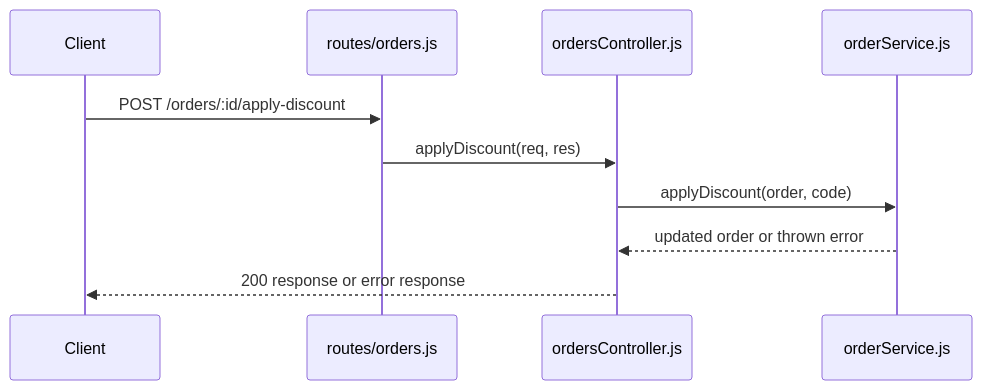
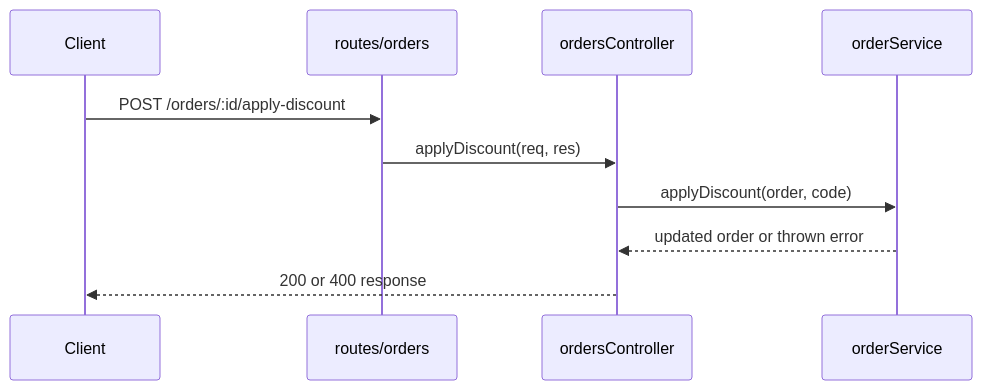
Before and after one commit to francoandreDev/knowledge: the diagram in src/content/learning-craft/systematic-exploration/L2-concept.mdx, drawn with Mermaid. The commit also changed other lines of this file and 3 other files, not shown here.

````diff
--- a/src/content/learning-craft/systematic-exploration/L2-concept.mdx
+++ b/src/content/learning-craft/systematic-exploration/L2-concept.mdx
@@ -30,12 +33,12 @@
 ```mermaid
 sequenceDiagram
     participant Client
-    participant Router as routes/orders.js
-    participant Controller as ordersController.js
-    participant Service as orderService.js
+    participant Router as routes/orders
+    participant Controller as ordersController
+    participant Service as orderService
     Client->>Router: POST /orders/:id/apply-discount
     Router->>Controller: applyDiscount(req, res)
     Controller->>Service: applyDiscount(order, code)
     Service-->>Controller: updated order or thrown error
-    Controller-->>Client: 200 response or error response
+    Controller-->>Client: 200 or 400 response
 ```
````
